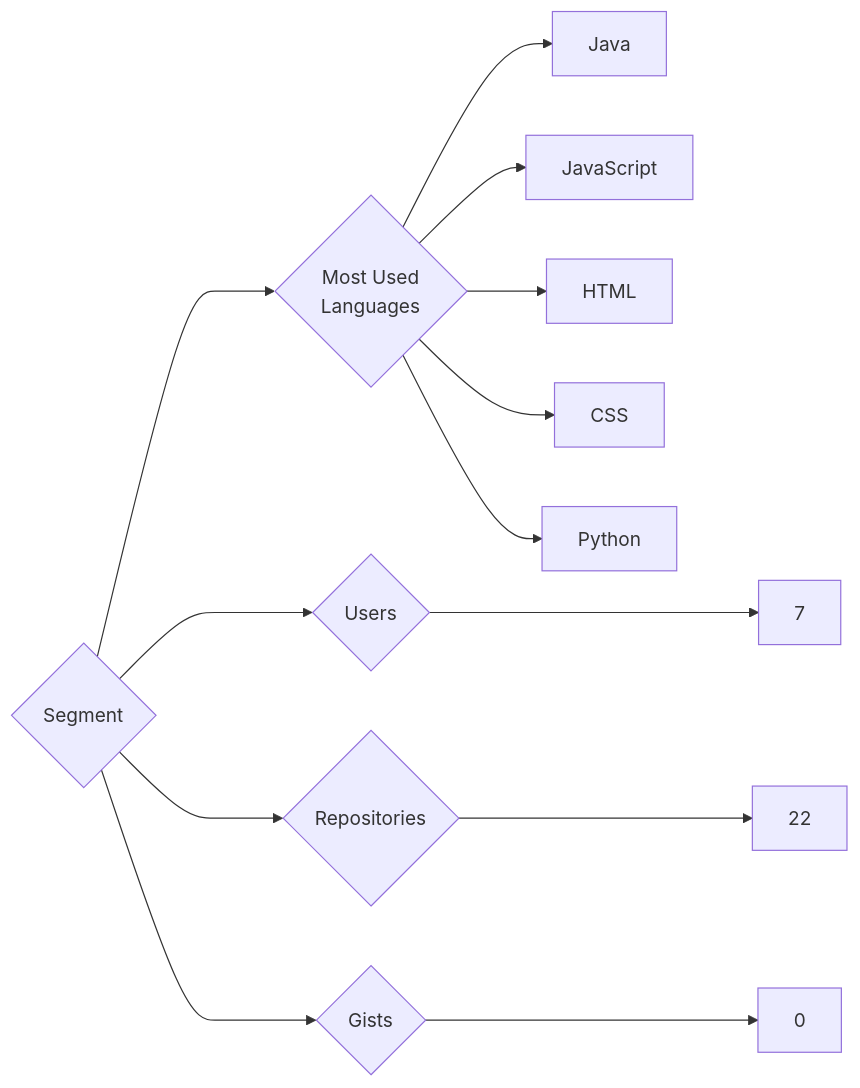
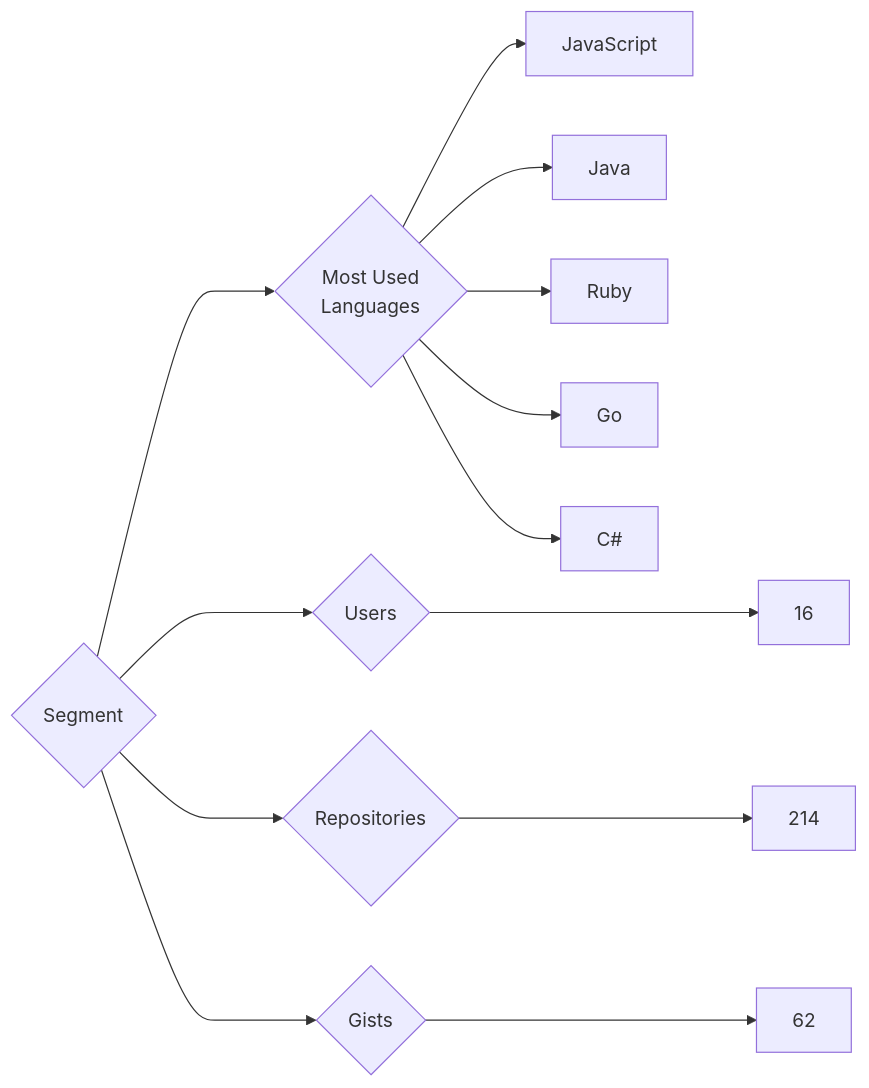
The diagram in targets/Segment/README.md (trickest/insiders), drawn with Mermaid before and after one commit. The commit also changed 940 other files, not shown here.

````diff
--- a/targets/Segment/README.md
+++ b/targets/Segment/README.md
@@ -3,13 +3,13 @@
 ```mermaid
 graph LR
 COMPANY_NAME{Segment}
-COMPANY_NAME ---> U{Users} ---> UN[7]
-COMPANY_NAME ---> R{Repositories} ---> RN[22]
-COMPANY_NAME ---> G{Gists} ---> GN[0]
+COMPANY_NAME ---> U{Users} ---> UN[16]
+COMPANY_NAME ---> R{Repositories} ---> RN[214]
+COMPANY_NAME ---> G{Gists} ---> GN[62]
 COMPANY_NAME ---> ML{Most Used<br>Languages}
+ML --> JavaScript[JavaScript]
 ML --> Java[Java]
-ML --> JavaScript[JavaScript]
-ML --> HTML[HTML]
-ML --> CSS[CSS]
-ML --> Python[Python]
+ML --> Ruby[Ruby]
+ML --> Go[Go]
+ML --> C#[C#]
 ```
````
